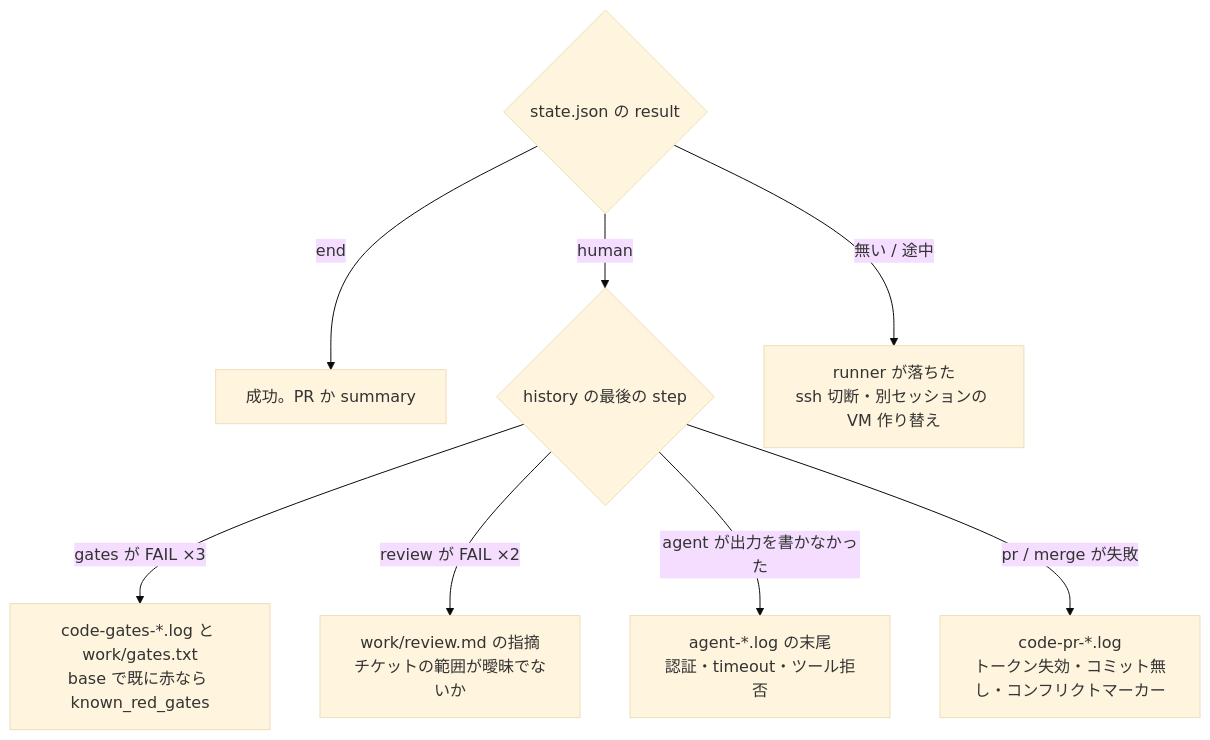
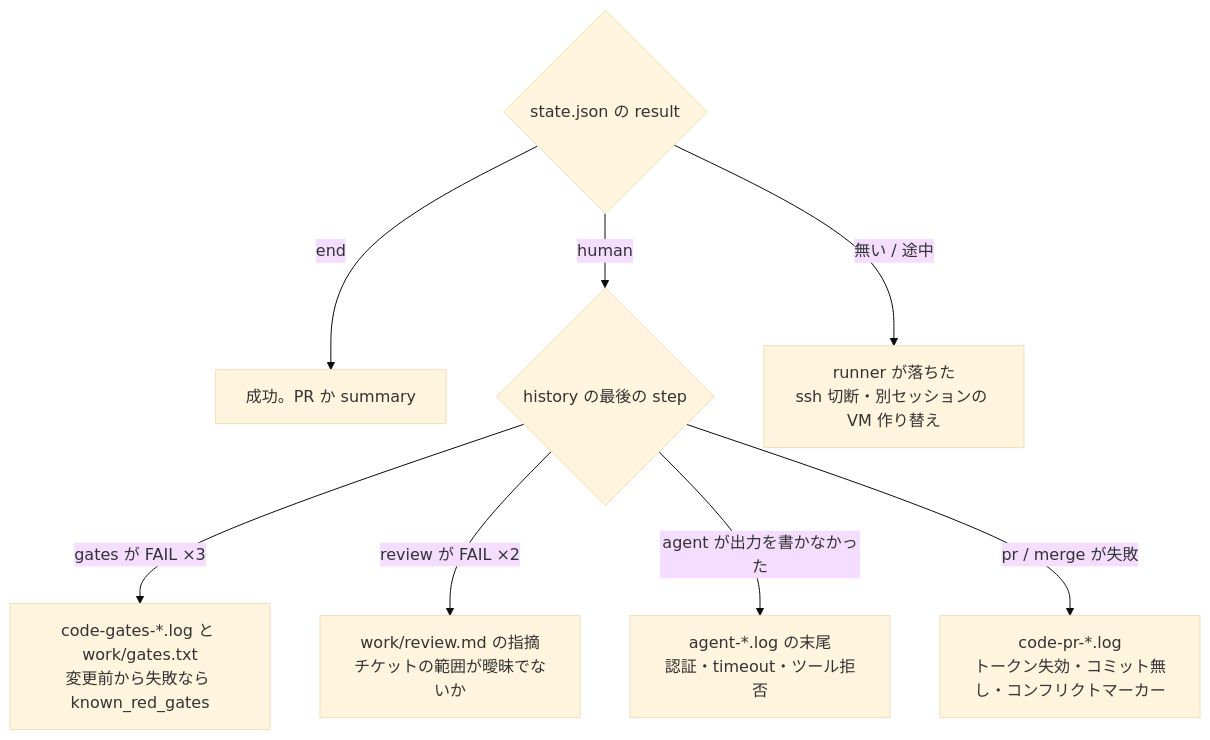
One commit to akkijp-oss/aifactory changed the second of 2 diagrams in website/content/ja/guides/results.md. Above: the diagram before and after it, drawn with Mermaid (base theme). The commit also changed other lines of this file and 40 other files, not shown here.

````diff
--- a/website/content/ja/guides/results.md
+++ b/website/content/ja/guides/results.md
@@ -63,10 +63,10 @@
 ```mermaid
 flowchart TD
   X{state.json の result} -->|end| OK[成功。PR か summary]
   X -->|human| H{history の最後の step}
-  H -->|gates が FAIL ×3| G[code-gates-*.log と work/gates.txt<br>base で既に赤なら known_red_gates]
+  H -->|gates が FAIL ×3| G[code-gates-*.log と work/gates.txt<br>変更前から失敗なら known_red_gates]
   H -->|review が FAIL ×2| R[work/review.md の指摘<br>チケットの範囲が曖昧でないか]
   H -->|agent が出力を書かなかった| A[agent-*.log の末尾<br>認証・timeout・ツール拒否]
   H -->|pr / merge が失敗| P[code-pr-*.log<br>トークン失効・コミット無し・コンフリクトマーカー]
   X -->|無い / 途中| V[runner が落ちた<br>ssh 切断・別セッションの VM 作り替え]
 ```
````
